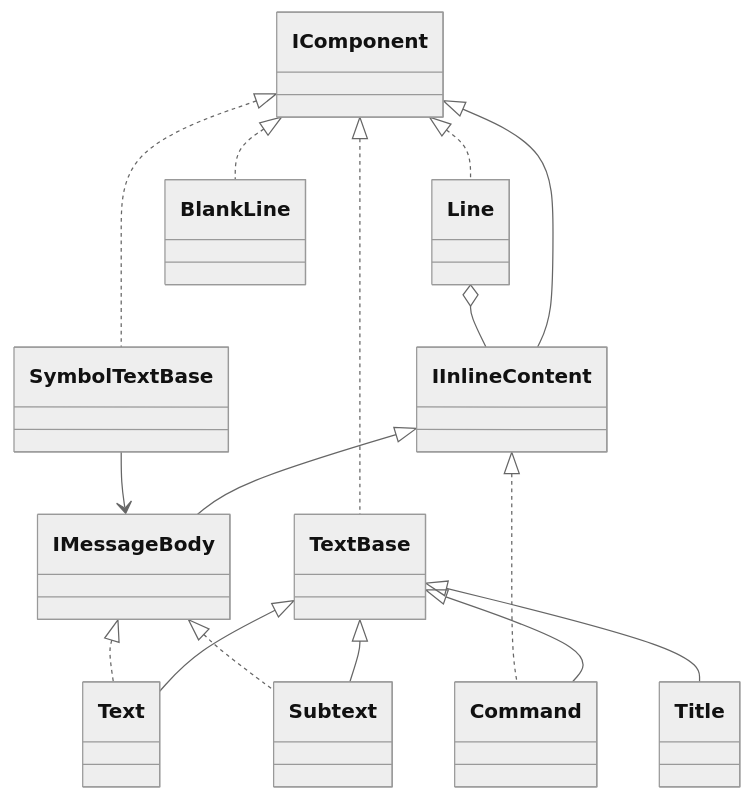
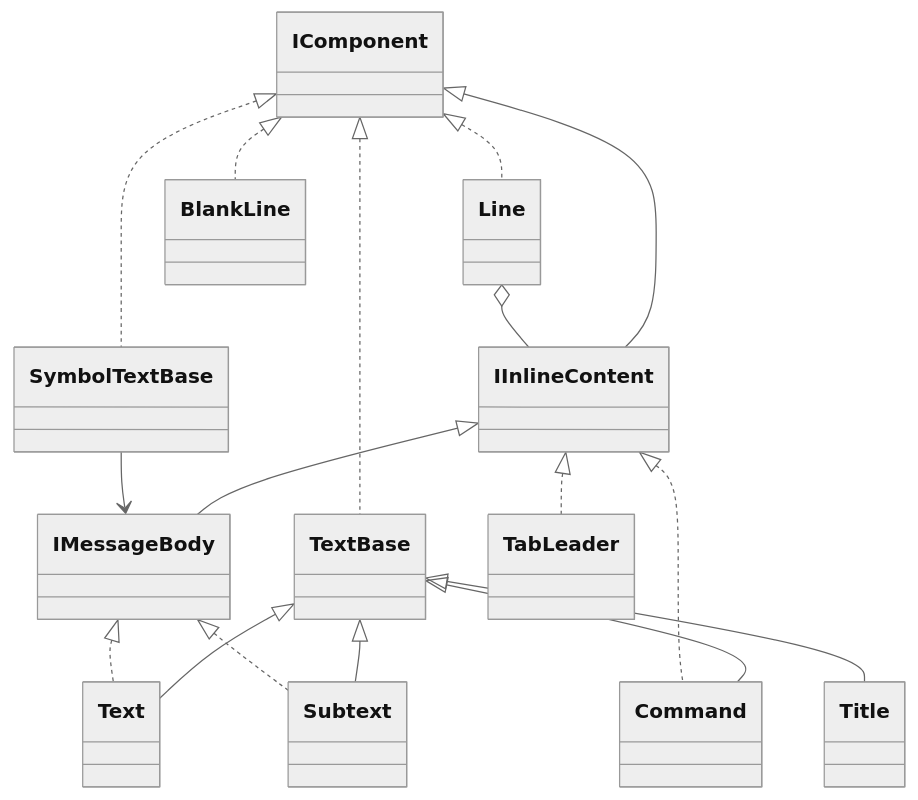
The diagram in docs/presentation/composition.md (R3Neer/R3CLI), drawn with Mermaid (neutral theme) before and after one commit. The commit also changed other lines of this file and 32 other files, not shown here.

Commit message:
docs: add TabLeader and modernize presentation contracts

````diff
--- a/docs/presentation/composition.md
+++ b/docs/presentation/composition.md
@@ -51,18 +51,19 @@
 ```mermaid
 classDiagram
     IComponent <|-- IInlineContent
     IInlineContent <|-- IMessageBody
     IComponent <|.. TextBase
     TextBase <|-- Text
     TextBase <|-- Subtext
     TextBase <|-- Title
     TextBase <|-- Command
     IMessageBody <|.. Text
     IMessageBody <|.. Subtext
     IInlineContent <|.. Command
+    IInlineContent <|.. TabLeader
     IComponent <|.. Line
     Line o-- IInlineContent
     IComponent <|.. BlankLine
     IComponent <|.. SymbolTextBase
     SymbolTextBase --> IMessageBody
 ```
````
